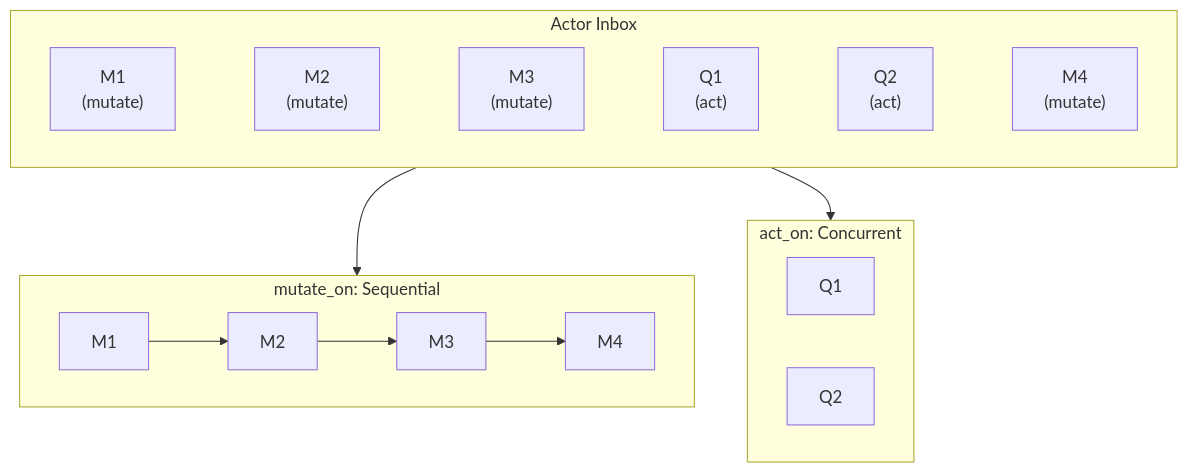
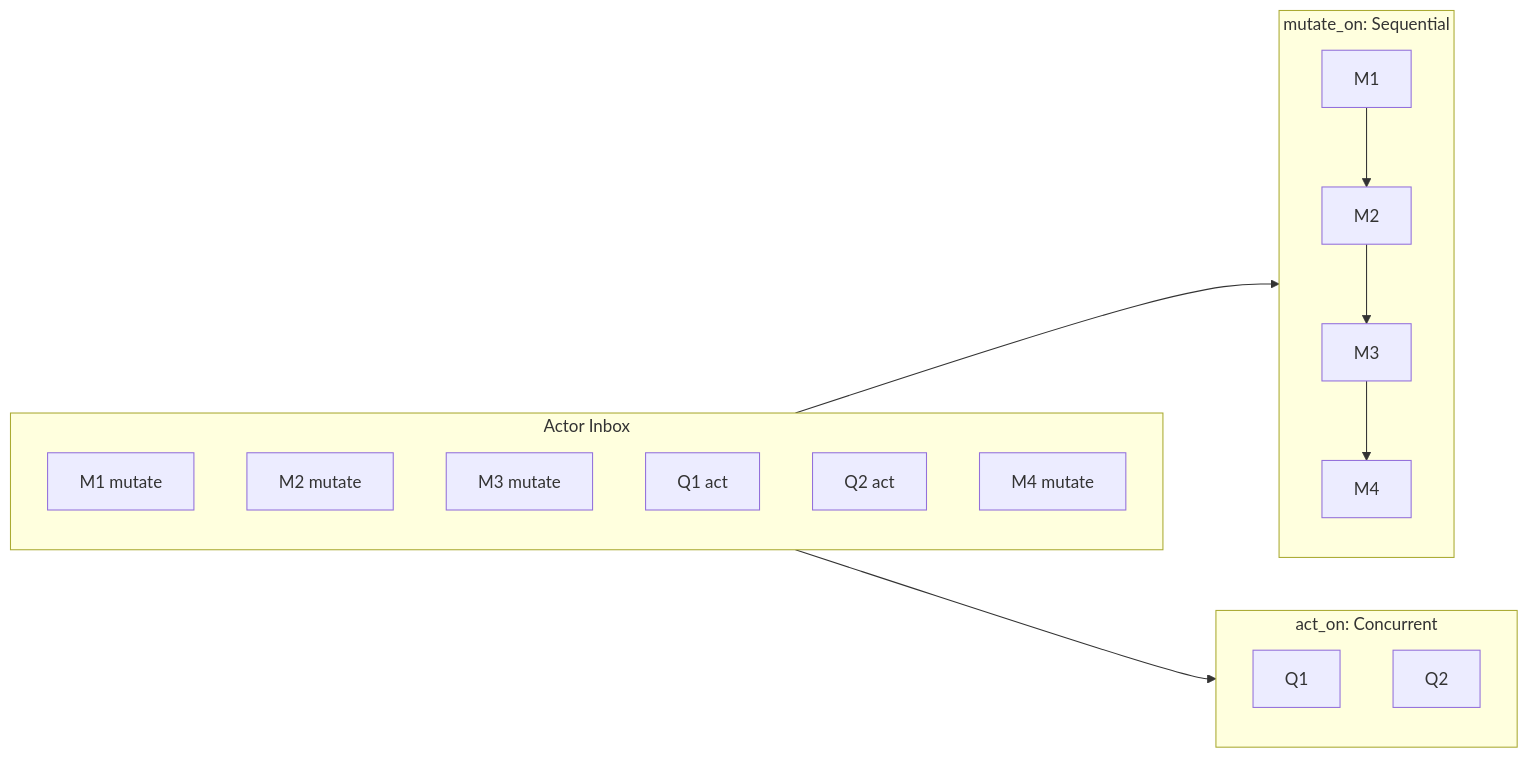
One commit to Govcraft/acton-reactive changed the second of 2 diagrams in acton-docs-site/src/app/docs/messages-and-handlers/page.md. Above: the diagram before and after it, drawn with Mermaid.

Commit message:
fix(docs): simplify message ordering diagram
Remove invisible link syntax (~~~) which caused render errors.
Use simple subgraph nodes instead.

````diff
--- a/acton-docs-site/src/app/docs/messages-and-handlers/page.md
+++ b/acton-docs-site/src/app/docs/messages-and-handlers/page.md
@@ -288,20 +288,23 @@
 ```mermaid
-flowchart TD
+flowchart LR
     subgraph Inbox["Actor Inbox"]
-        direction LR
-        M1["M1<br/>(mutate)"] ~~~ M2["M2<br/>(mutate)"] ~~~ M3["M3<br/>(mutate)"] ~~~ Q1["Q1<br/>(act)"] ~~~ Q2["Q2<br/>(act)"] ~~~ M4["M4<br/>(mutate)"]
+        IM1["M1 mutate"]
+        IM2["M2 mutate"]
+        IM3["M3 mutate"]
+        IQ1["Q1 act"]
+        IQ2["Q2 act"]
+        IM4["M4 mutate"]
     end
 
-    subgraph MutExec["mutate_on: Sequential"]
-        direction LR
-        ME1["M1"] --> ME2["M2"] --> ME3["M3"] --> ME4["M4"]
+    subgraph Seq["mutate_on: Sequential"]
+        M1["M1"] --> M2["M2"] --> M3["M3"] --> M4["M4"]
     end
 
-    subgraph ActExec["act_on: Concurrent"]
-        AE1["Q1"]
-        AE2["Q2"]
+    subgraph Con["act_on: Concurrent"]
+        Q1["Q1"]
+        Q2["Q2"]
     end
 
-    Inbox --> MutExec
-    Inbox --> ActExec
+    Inbox --> Seq
+    Inbox --> Con
 ```
````
